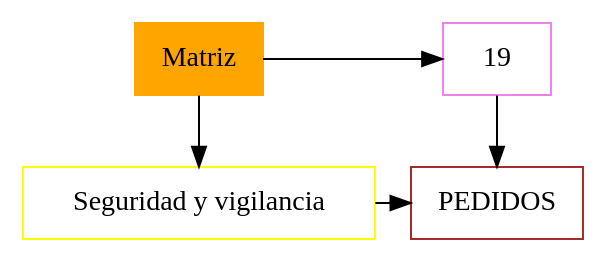
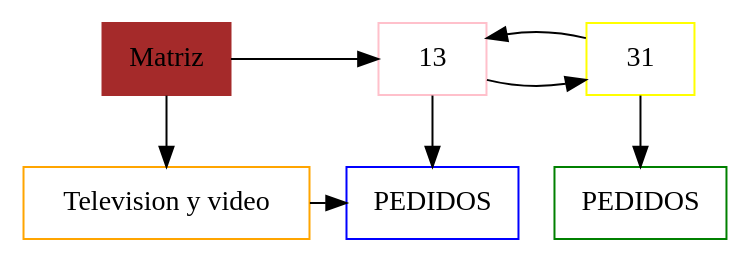
Before and after one commit to Daniel-Chicas/EDD_VirtualMall_201807079: the diagram in cliente/src/ImagenMatriz/Matriz.dot, drawn with Graphviz. The commit also changed 7 other files, not shown here.

```diff
--- a/cliente/src/ImagenMatriz/Matriz.dot
+++ b/cliente/src/ImagenMatriz/Matriz.dot
@@ -1,15 +1,20 @@
-digraph Daniel20213{
+digraph Daniel20208{
 node[shape=box];
-MT[label="Matriz", style = filled, color=orange, group = 1];
+MT[label="Matriz", style = filled, color=brown, group = 1];
 e0[shape = point, width = 0];
 e0[shape = point, width = 0];
-node0xc000300550[color=yellow, label="Seguridad y vigilancia", group = 1];
-MT->node0xc000300550;
-node0xc0003005a0[color=violet, label="19", group = 2];
-MT->node0xc0003005a0;
-{rank = same;MT;node0xc0003005a0;}
-node0xc00037a668[color=brown, label="PEDIDOS", group = 2];
-node0xc0003005a0->node0xc00037a668;
-node0xc000300550->node0xc00037a668;
-{rank = same;node0xc000300550;node0xc00037a668;}
+node0xc000089130[color=orange, label="Television y video", group = 1];
+MT->node0xc000089130;
+node0xc000089180[color=pink, label="13", group = 2];
+MT->node0xc000089180;
+node0xc000089180->node0xc0000891d0;
+node0xc0000891d0[color=yellow, label="31", group = 3];
+node0xc0000891d0->node0xc000089180;
+{rank = same;MT;node0xc000089180;node0xc0000891d0;}
+node0xc0000b9218[color=blue, label="PEDIDOS", group = 2];
+node0xc000089180->node0xc0000b9218;
+node0xc0000b94d8[color=green, label="PEDIDOS", group = 3];
+node0xc0000891d0->node0xc0000b94d8;
+node0xc000089130->node0xc0000b9218;
+{rank = same;node0xc000089130;node0xc0000b9218;node0xc0000b94d8;}
 }
```
